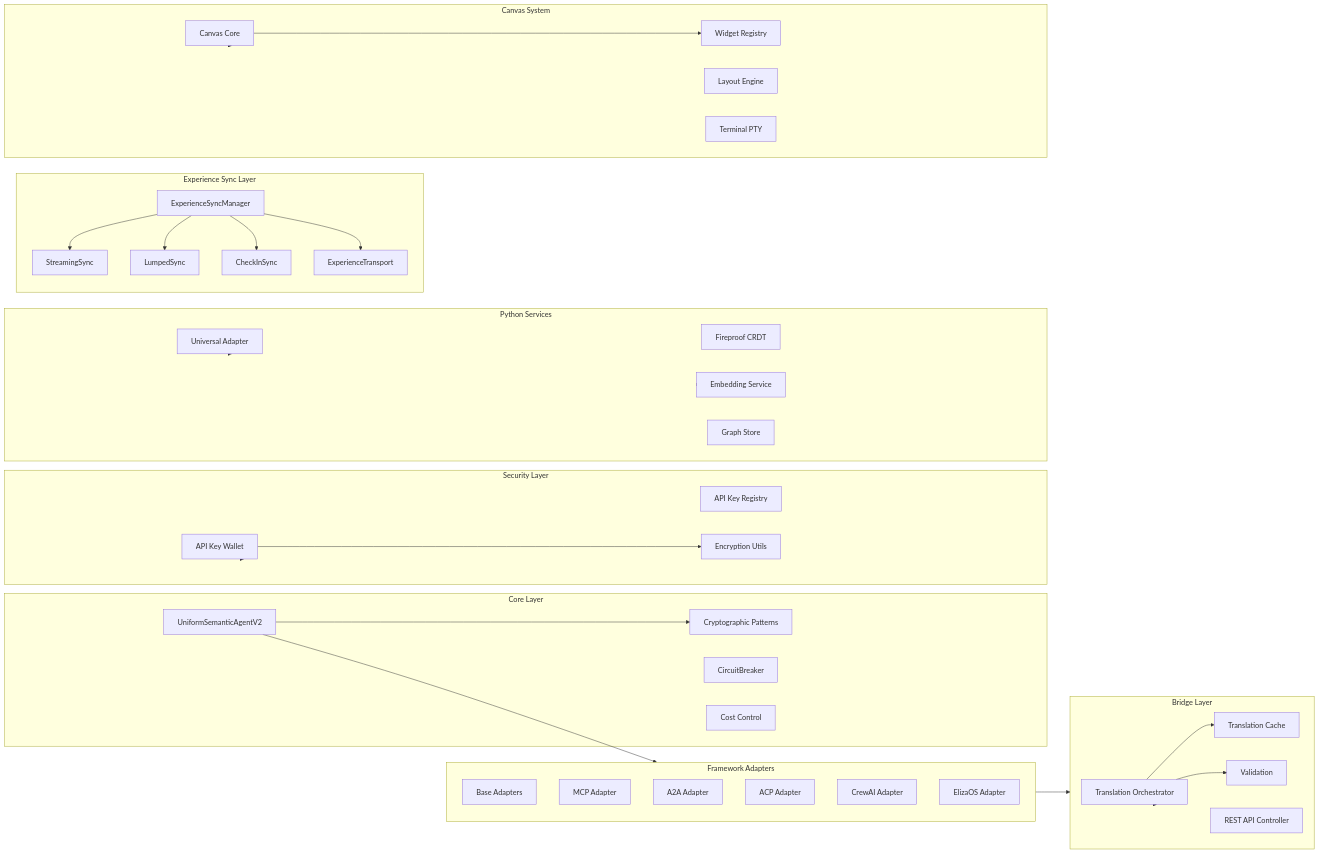
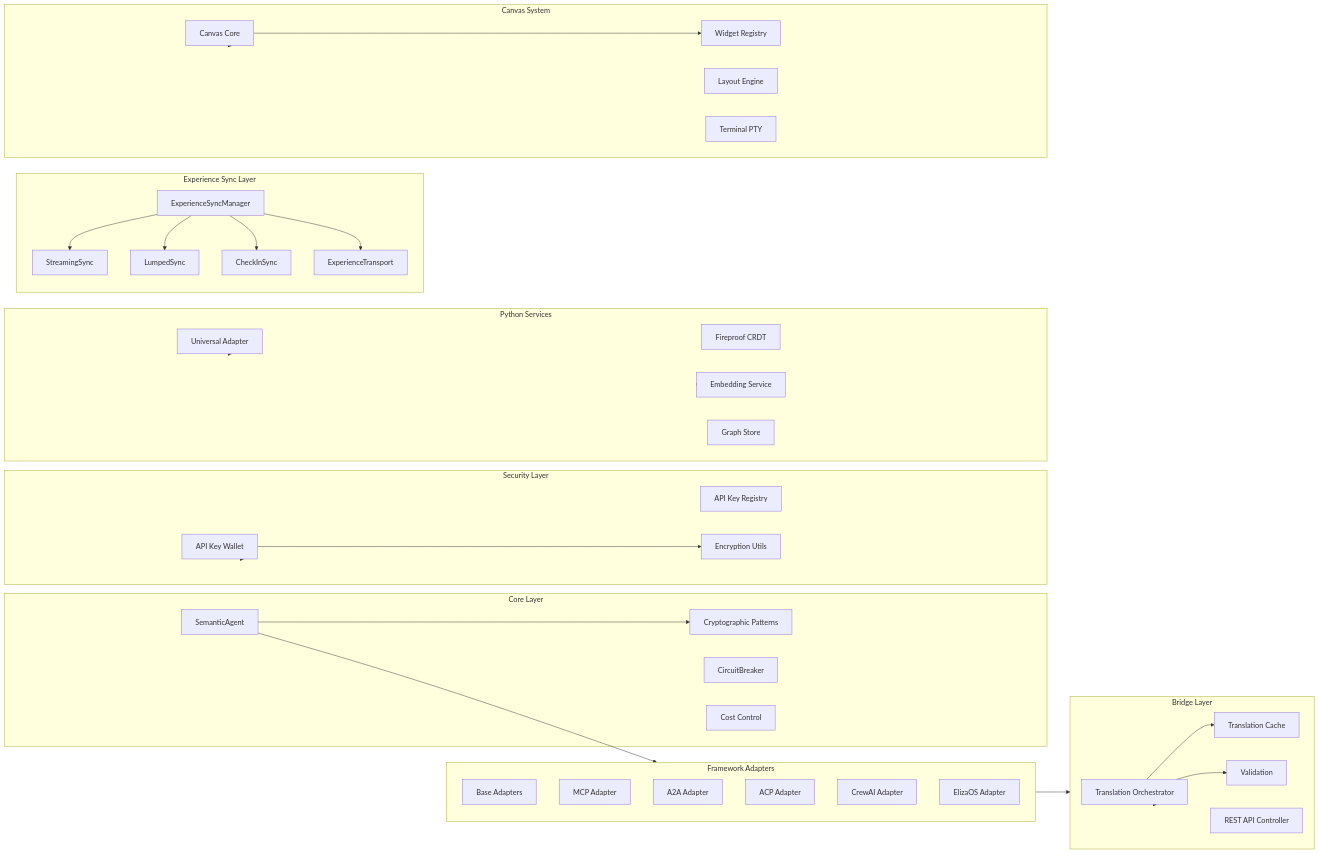
One commit to Replicant-Partners/Chrysalis changed the second of 7 diagrams in ARCHITECTURE.md. Above: the diagram before and after it, drawn with Mermaid. The commit also changed other lines of this file and 1 other file, not shown here.

First line of the commit message:
docs: update naming to SemanticAgent throughout documentation

````diff
--- a/ARCHITECTURE.md
+++ b/ARCHITECTURE.md
@@ -108,76 +108,76 @@
 ```mermaid
 flowchart LR
     subgraph Core["Core Layer"]
-        USA[UniformSemanticAgentV2]
+        USA[SemanticAgent]
         Patterns[Cryptographic Patterns]
         CB[CircuitBreaker]
         CostControl[Cost Control]
     end
 
     subgraph Adapters["Framework Adapters"]
         FABase[Base Adapters]
         MCP[MCP Adapter]
         A2A[A2A Adapter]
         ACP[ACP Adapter]
         CrewAI[CrewAI Adapter]
         Eliza[ElizaOS Adapter]
     end
 
     subgraph Bridge["Bridge Layer"]
         Orchestrator[Translation Orchestrator]
         Cache[Translation Cache]
         Validation[Validation]
         API[REST API Controller]
     end
 
     subgraph Sync["Experience Sync Layer"]
         ESM[ExperienceSyncManager]
         SS[StreamingSync]
         LS[LumpedSync]
         CS[CheckInSync]
         ET[ExperienceTransport]
     end
 
     subgraph Security["Security Layer"]
         Wallet[API Key Wallet]
         Registry[API Key Registry]
         Crypto[Encryption Utils]
     end
 
     subgraph Python["Python Services"]
         UA[Universal Adapter]
         FP[Fireproof CRDT]
         EMB[Embedding Service]
         Graph[Graph Store]
     end
 
     subgraph Canvas["Canvas System"]
         CanvasCore[Canvas Core]
         Widgets[Widget Registry]
         Layout[Layout Engine]
         Terminal[Terminal PTY]
     end
 
     USA --> Patterns
     USA --> Adapters
     Adapters --> Bridge
     Bridge --> Orchestrator
     Orchestrator --> Cache
     Orchestrator --> Validation
     Bridge --> API
 
     ESM --> SS
     ESM --> LS
     ESM --> CS
     ESM --> ET
 
     Security --> Wallet
     Wallet --> Crypto
 
     Python --> UA
     Python --> FP
     Python --> EMB
 
     Canvas --> CanvasCore
     CanvasCore --> Widgets
 ```
````
